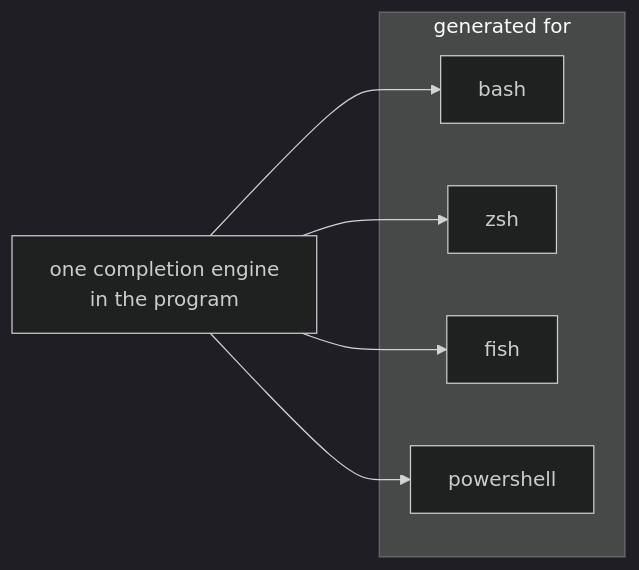
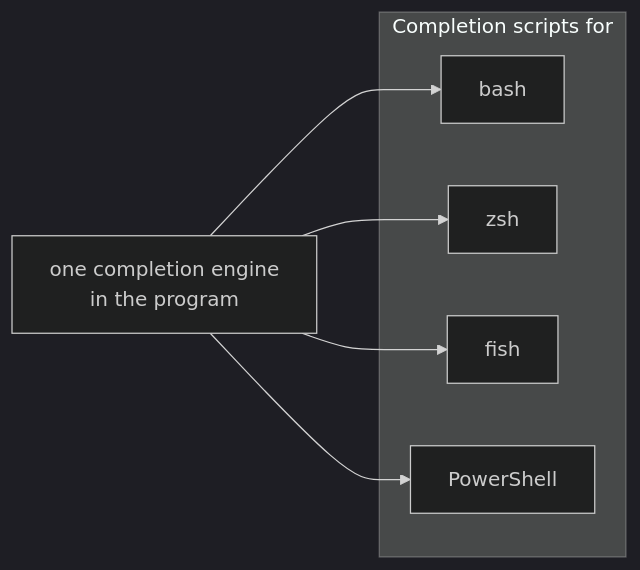
Before and after one commit to KeunwooPark/cluedoc: the fourth of 4 diagrams in docs/examples/cobra/.cluedoc/shell-completion/README.md, drawn with Mermaid (dark theme). The commit also changed other lines of this file and 22 other files, not shown here.

````diff
--- a/docs/examples/cobra/.cluedoc/shell-completion/README.md
+++ b/docs/examples/cobra/.cluedoc/shell-completion/README.md
@@ -76,14 +100,14 @@
 ```mermaid
 flowchart LR
-    subgraph "generated for"
+    subgraph SHELLS ["Completion scripts for"]
     B["bash"]
     Z["zsh"]
     F["fish"]
-    P["powershell"]
+    P["PowerShell"]
     end
     ENG["one completion engine
     in the program"] --> B
     ENG --> Z
     ENG --> F
     ENG --> P
 ```
````
